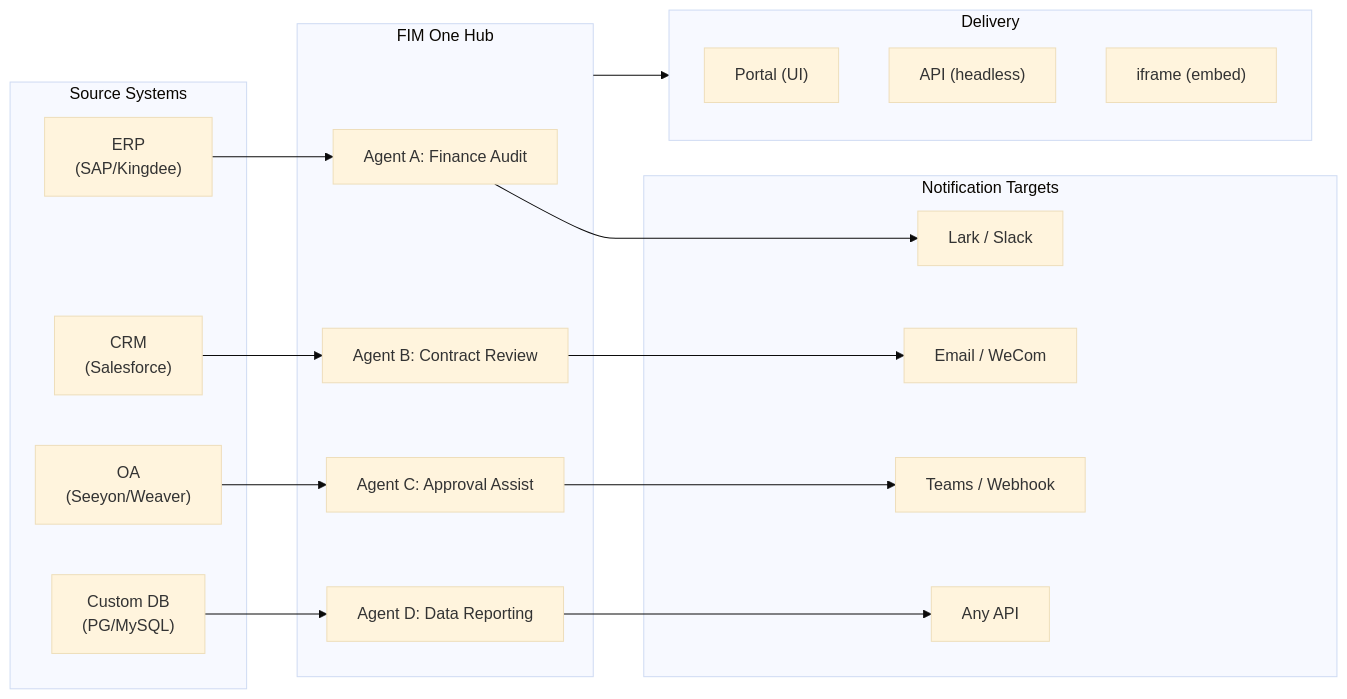
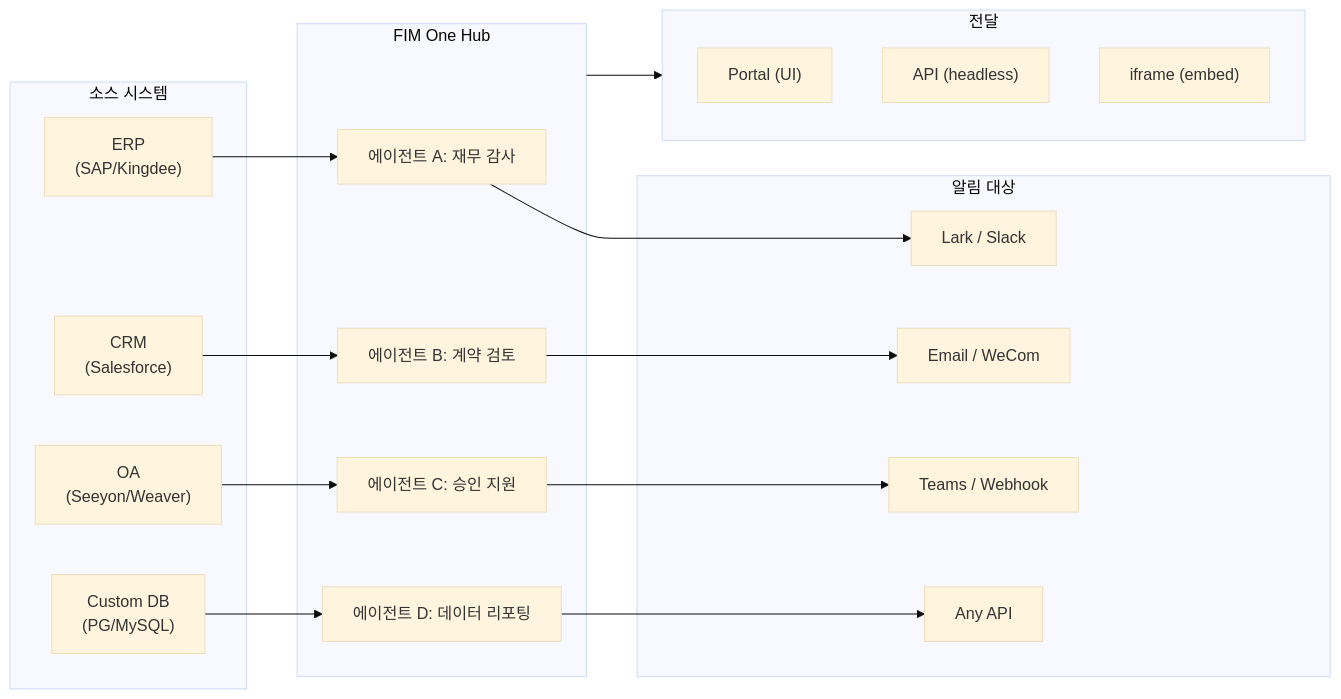
The diagram in docs/ko/roadmap.mdx (lucky20160622/fim-one), drawn with Mermaid (base theme) before and after one commit. The commit also changed other lines of this file and 141 other files, not shown here.

````diff
--- a/docs/ko/roadmap.mdx
+++ b/docs/ko/roadmap.mdx
@@ -20,35 +22,35 @@
 ```mermaid
 flowchart LR
-  subgraph Sources["Source Systems"]
+  subgraph Sources["소스 시스템"]
     ERP["ERP<br/>(SAP/Kingdee)"]
     CRM["CRM<br/>(Salesforce)"]
     OA["OA<br/>(Seeyon/Weaver)"]
     DB["Custom DB<br/>(PG/MySQL)"]
   end
 
   subgraph Hub["FIM One Hub"]
-    A["Agent A: Finance Audit"]
-    B["Agent B: Contract Review"]
-    C["Agent C: Approval Assist"]
-    D["Agent D: Data Reporting"]
+    A["에이전트 A: 재무 감사"]
+    B["에이전트 B: 계약 검토"]
+    C["에이전트 C: 승인 지원"]
+    D["에이전트 D: 데이터 리포팅"]
   end
 
-  subgraph Targets["Notification Targets"]
+  subgraph Targets["알림 대상"]
     T1["Lark / Slack"]
     T2["Email / WeCom"]
     T3["Teams / Webhook"]
     T4["Any API"]
   end
 
-  subgraph Delivery["Delivery"]
+  subgraph Delivery["전달"]
     Portal["Portal (UI)"]
     API["API (headless)"]
     Embed["iframe (embed)"]
   end
 
   ERP --> A --> T1
   CRM --> B --> T2
   OA --> C --> T3
   DB --> D --> T4
   Hub --> Delivery
 ```
````
